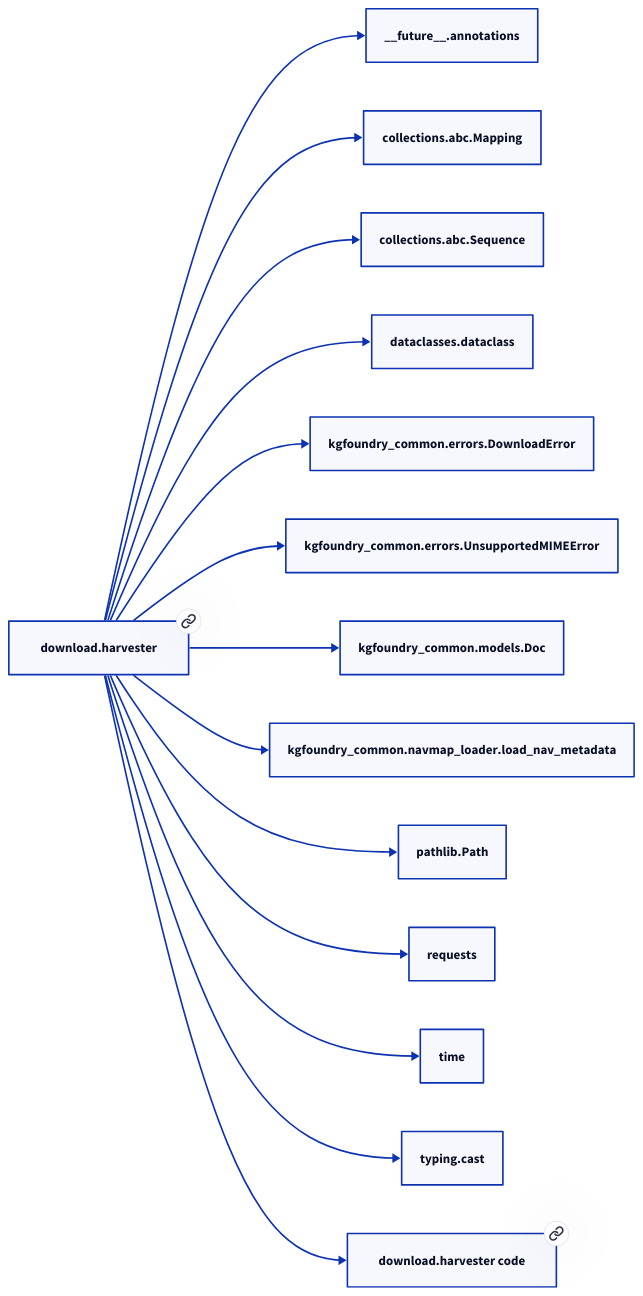
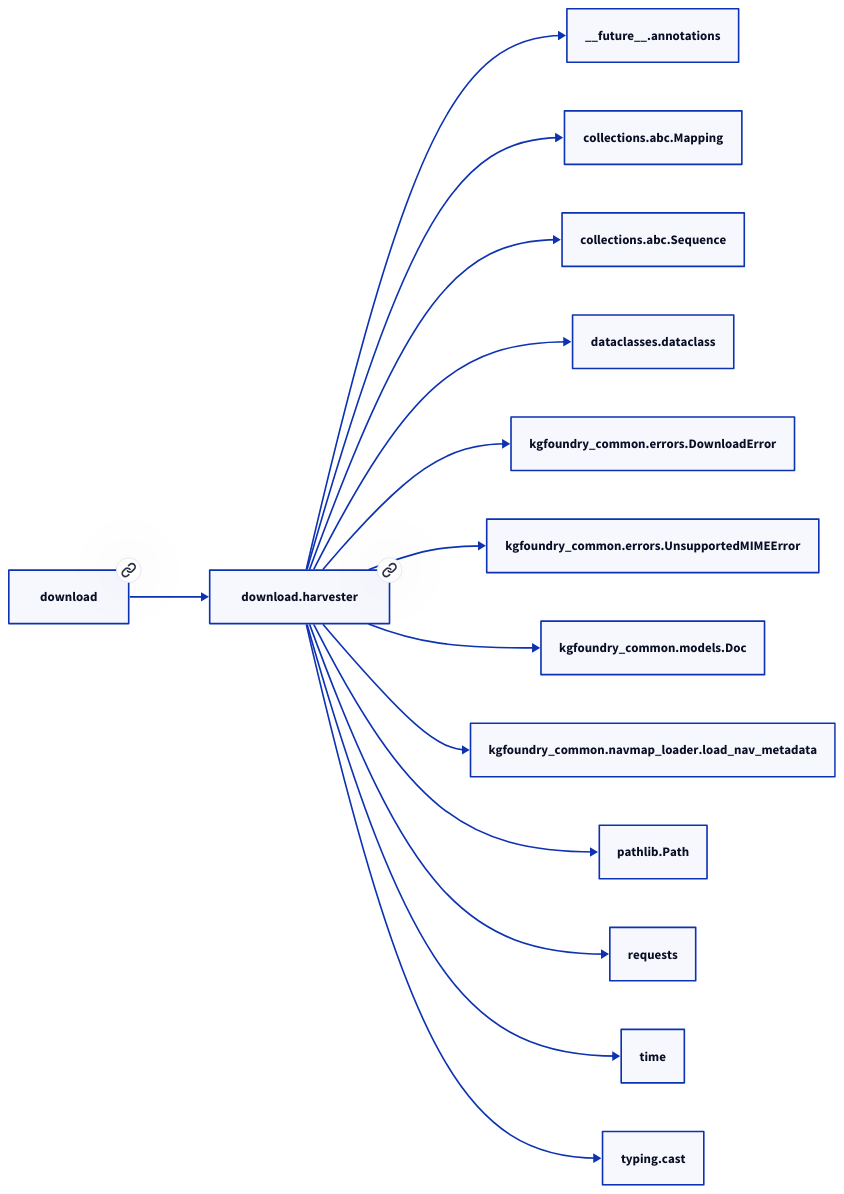
Before and after one commit to paul-heyse/kgforge: the second of 2 diagrams in docs/modules/download/harvester.md, drawn with D2. The commit also changed other lines of this file and 208 other files, not shown here.

````diff
--- a/docs/modules/download/harvester.md
+++ b/docs/modules/download/harvester.md
@@ -42,30 +46,30 @@
 ```d2
 direction: right
-"download.harvester": "download.harvester" { link: "./download/harvester.md" }
+"download.harvester": "download.harvester" { link: "https://github.com/paul-heyse/kgfoundry/blob/main/src/download/harvester.py" }
 "__future__.annotations": "__future__.annotations"
 "download.harvester" -> "__future__.annotations"
 "collections.abc.Mapping": "collections.abc.Mapping"
 "download.harvester" -> "collections.abc.Mapping"
 "collections.abc.Sequence": "collections.abc.Sequence"
 "download.harvester" -> "collections.abc.Sequence"
 "dataclasses.dataclass": "dataclasses.dataclass"
 "download.harvester" -> "dataclasses.dataclass"
 "kgfoundry_common.errors.DownloadError": "kgfoundry_common.errors.DownloadError"
 "download.harvester" -> "kgfoundry_common.errors.DownloadError"
 "kgfoundry_common.errors.UnsupportedMIMEError": "kgfoundry_common.errors.UnsupportedMIMEError"
 "download.harvester" -> "kgfoundry_common.errors.UnsupportedMIMEError"
 "kgfoundry_common.models.Doc": "kgfoundry_common.models.Doc"
 "download.harvester" -> "kgfoundry_common.models.Doc"
 "kgfoundry_common.navmap_loader.load_nav_metadata": "kgfoundry_common.navmap_loader.load_nav_metadata"
 "download.harvester" -> "kgfoundry_common.navmap_loader.load_nav_metadata"
 "pathlib.Path": "pathlib.Path"
 "download.harvester" -> "pathlib.Path"
 "requests": "requests"
 "download.harvester" -> "requests"
 "time": "time"
 "download.harvester" -> "time"
 "typing.cast": "typing.cast"
 "download.harvester" -> "typing.cast"
-"download.harvester_code": "download.harvester code" { link: "https://github.com/kgfoundry/kgfoundry/blob/main/src/download/harvester.py" }
-"download.harvester" -> "download.harvester_code" { style: dashed }
+"download": "download" { link: "https://github.com/paul-heyse/kgfoundry/blob/main/src/download/__init__.py" }
+"download" -> "download.harvester" { style: dashed }
 ```
````
